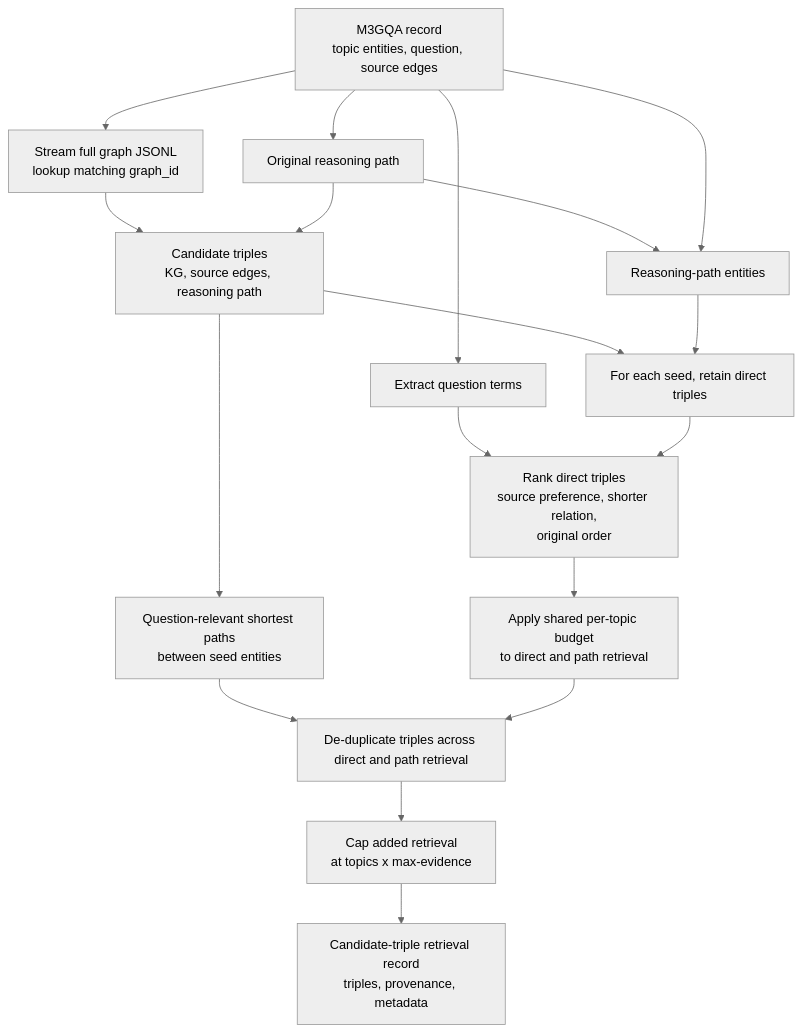
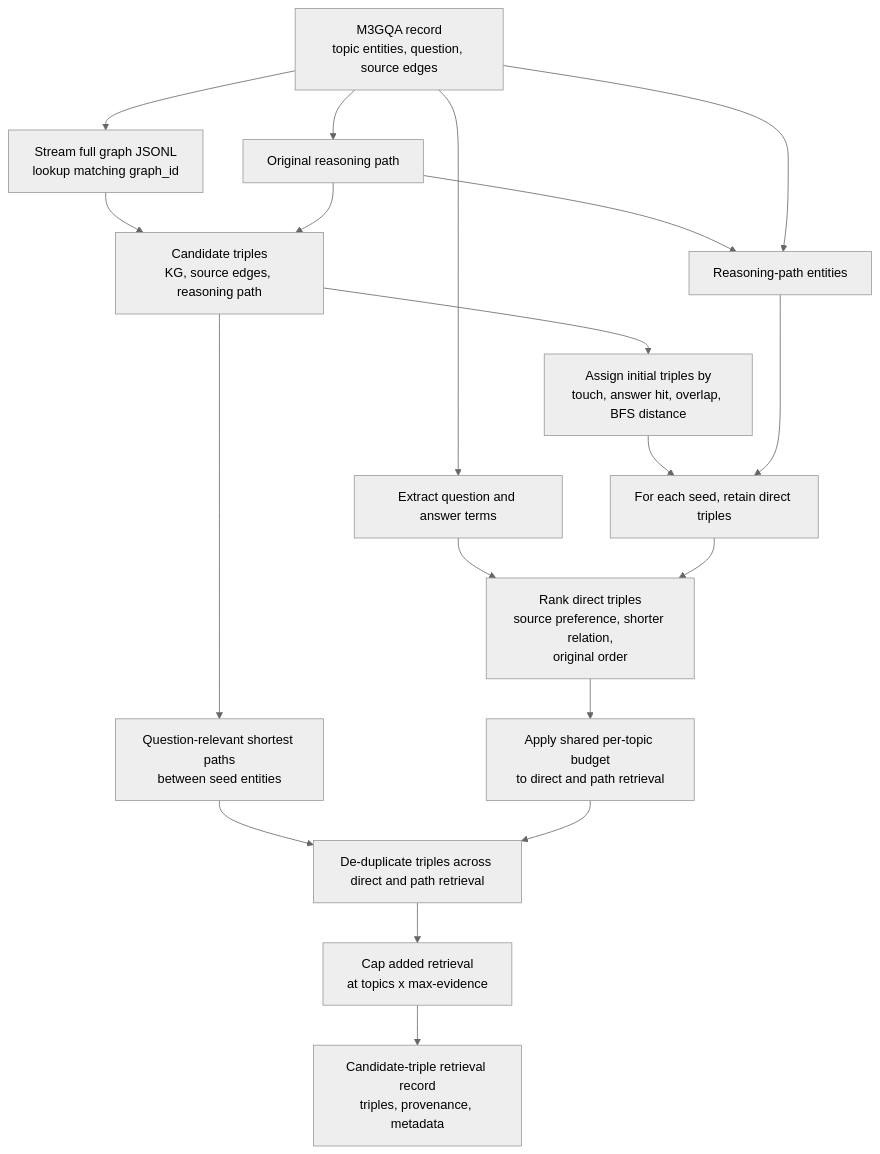
One commit to asep-fajar-firmansyah/KILT changed the diagram in kilt_synmes/README.md. Above: the diagram before and after it, drawn with Mermaid (neutral theme). The commit also changed other lines of this file and 2 other files, not shown here.

````diff
--- a/kilt_synmes/README.md
+++ b/kilt_synmes/README.md
@@ -28,21 +27,22 @@
 ```mermaid
 flowchart TD
   split[M3GQA record\ntopic entities, question, source edges] --> graphLookup[Stream full graph JSONL\nlookup matching graph_id]
   split --> reasoning[Original reasoning path]
   graphLookup --> candidates[Candidate triples\nKG, source edges, reasoning path]
   reasoning --> candidates
-  split --> queryTerms[Extract question terms]
+  split --> queryTerms[Extract question and answer terms]
 
   reasoning --> seeds[Reasoning-path entities]
   split --> seeds
-  candidates --> direct[For each seed, retain direct triples]
+  candidates --> initial[Assign initial triples by\ntouch, answer hit, overlap, BFS distance]
+  initial --> direct[For each seed, retain direct triples]
   seeds --> direct
   queryTerms --> rank[Rank direct triples\nsource preference, shorter relation,\noriginal order]
   direct --> rank
   rank --> budget[Apply shared per-topic budget\nto direct and path retrieval]
   candidates --> paths[Question-relevant shortest paths\nbetween seed entities]
   paths --> dedupe[De-duplicate triples across direct and path retrieval]
   budget --> dedupe
   dedupe --> cap[Cap added retrieval\nat topics x max-evidence]
   cap --> retrieval[Candidate-triple retrieval record\ntriples, provenance, metadata]
 ```
````
